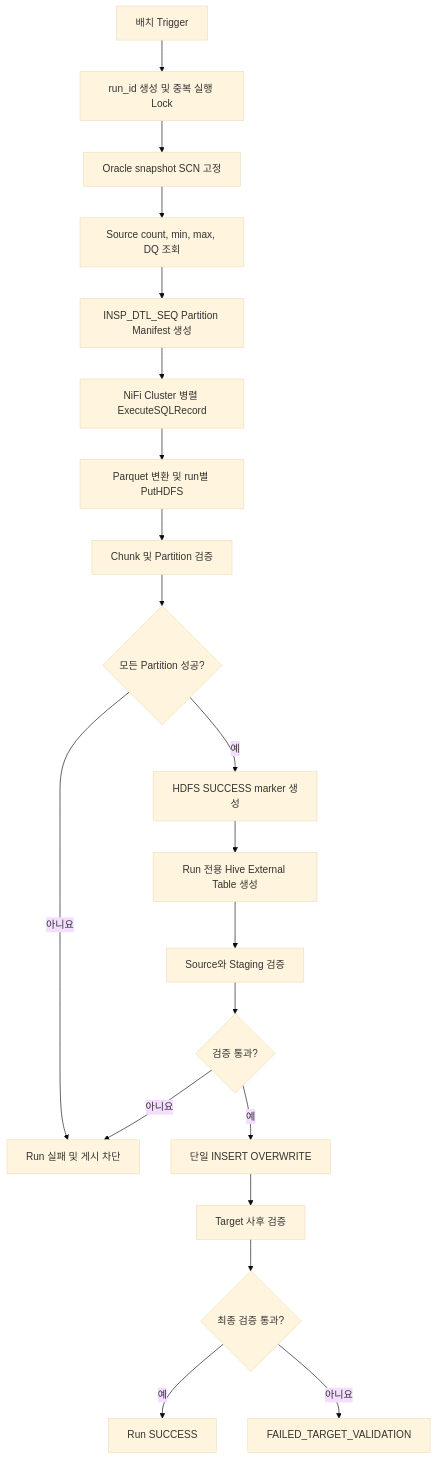
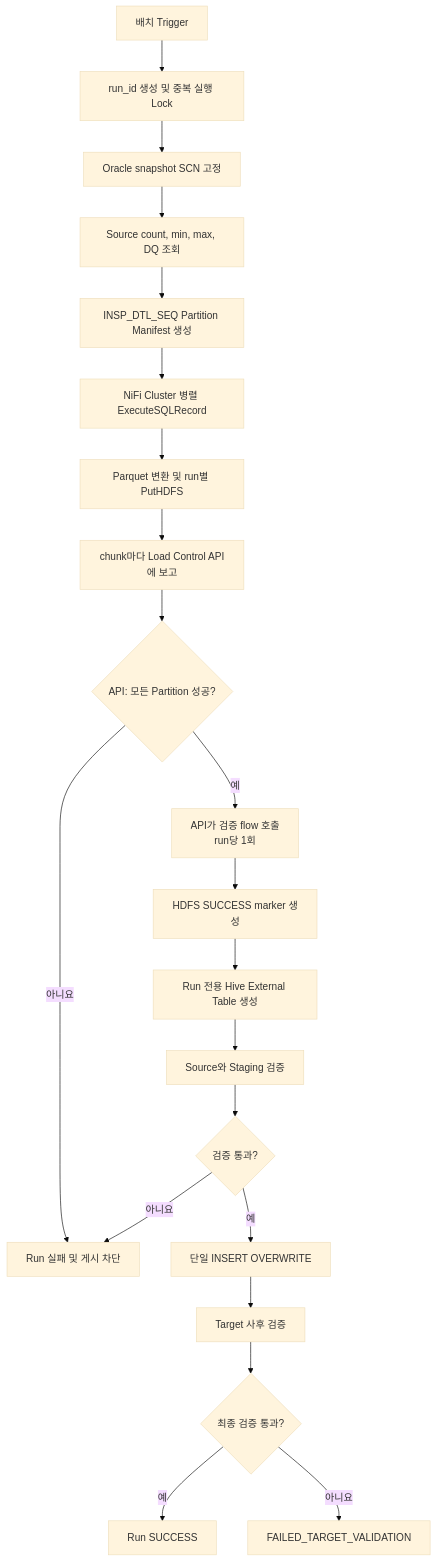
The diagram in README.md (DataDynamics/nifi-sqoop-removal), drawn with Mermaid (base theme) before and after one commit. The commit also changed other lines of this file and 3 other files, not shown here.

First line of the commit message:
Load Control API(FastAPI) 기반 완료 판정으로 설계 전환

````diff
--- a/README.md
+++ b/README.md
@@ -96,22 +106,23 @@
 ```mermaid
 flowchart TD
     A[배치 Trigger] --> B[run_id 생성 및 중복 실행 Lock]
     B --> C[Oracle snapshot SCN 고정]
     C --> D[Source count, min, max, DQ 조회]
     D --> E[INSP_DTL_SEQ Partition Manifest 생성]
     E --> F[NiFi Cluster 병렬 ExecuteSQLRecord]
     F --> G[Parquet 변환 및 run별 PutHDFS]
-    G --> H[Chunk 및 Partition 검증]
-    H --> I{모든 Partition 성공?}
+    G --> H[chunk마다 Load Control API에 보고]
+    H --> I{API: 모든 Partition 성공?}
     I -->|아니요| X[Run 실패 및 게시 차단]
-    I -->|예| J[HDFS SUCCESS marker 생성]
+    I -->|예| D2[API가 검증 flow 호출<br/>run당 1회]
+    D2 --> J[HDFS SUCCESS marker 생성]
     J --> K[Run 전용 Hive External Table 생성]
     K --> L[Source와 Staging 검증]
     L --> M{검증 통과?}
     M -->|아니요| X
     M -->|예| N[단일 INSERT OVERWRITE]
     N --> O[Target 사후 검증]
     O --> P{최종 검증 통과?}
     P -->|예| Q[Run SUCCESS]
     P -->|아니요| Y[FAILED_TARGET_VALIDATION]
 ```
````
